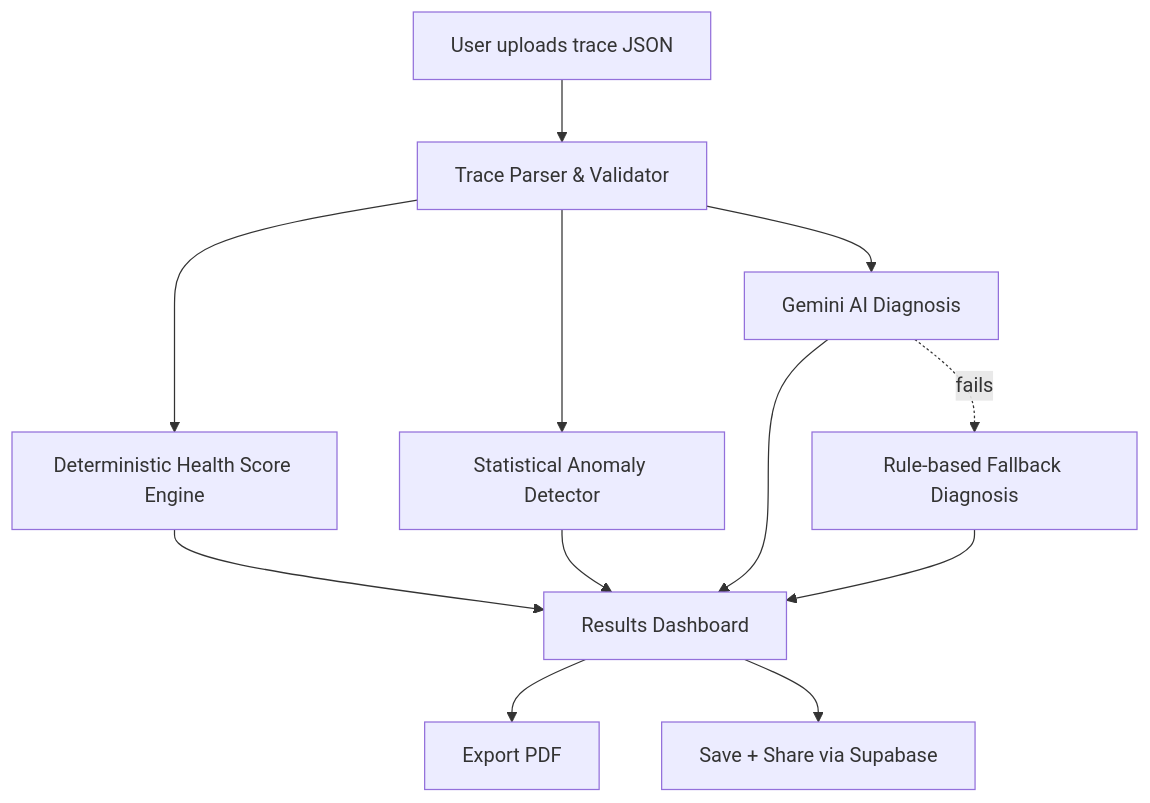
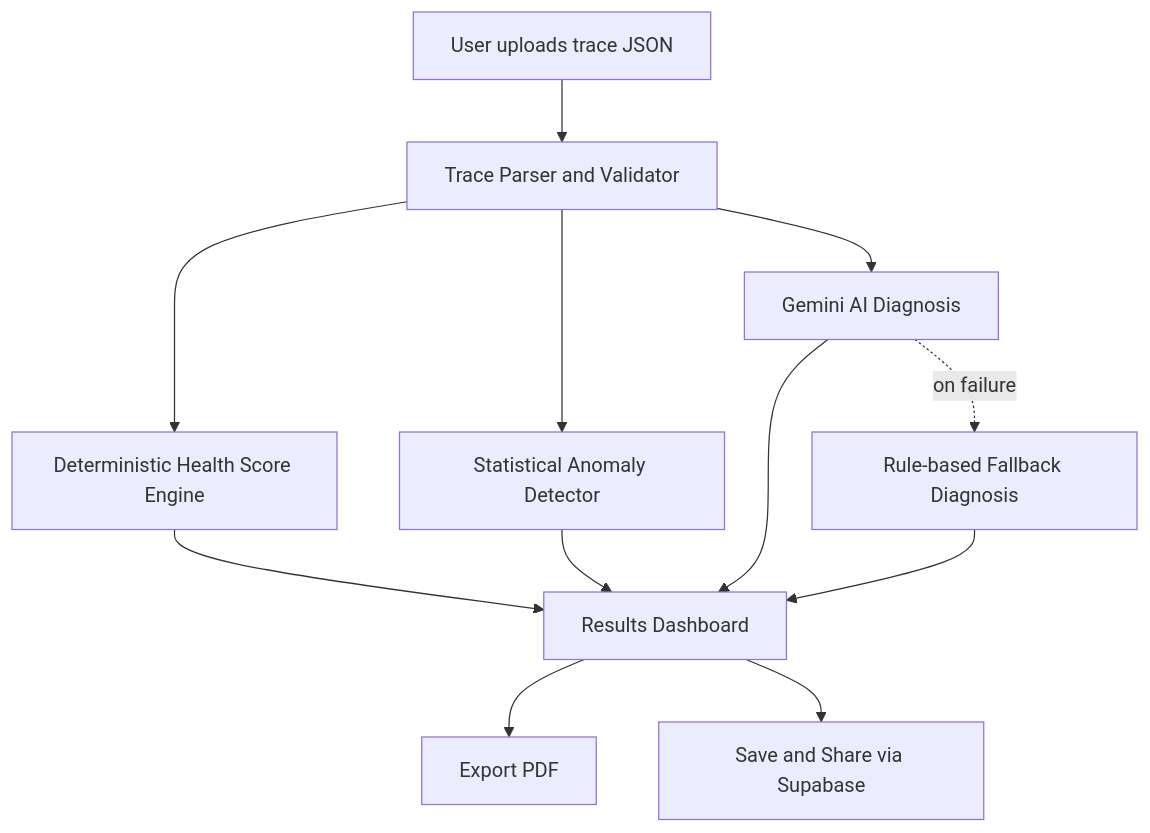
One commit to ailanasirai/agentautopsy changed the diagram in README.md. Above: the diagram before and after it, drawn with Mermaid. The commit also changed other lines of this file, not shown here.

````diff
--- a/README.md
+++ b/README.md
@@ -91,14 +121,14 @@
 ```mermaid
 flowchart TD
-    A[User uploads trace JSON] --> B[Trace Parser & Validator]
+    A[User uploads trace JSON] --> B[Trace Parser and Validator]
     B --> C[Deterministic Health Score Engine]
     B --> D[Statistical Anomaly Detector]
     B --> E[Gemini AI Diagnosis]
-    E -.fails.-> F[Rule-based Fallback Diagnosis]
+    E -.on failure.-> F[Rule-based Fallback Diagnosis]
     C --> G[Results Dashboard]
     D --> G
     E --> G
     F --> G
     G --> H[Export PDF]
-    G --> I[Save + Share via Supabase]
+    G --> I[Save and Share via Supabase]
 ```
````
